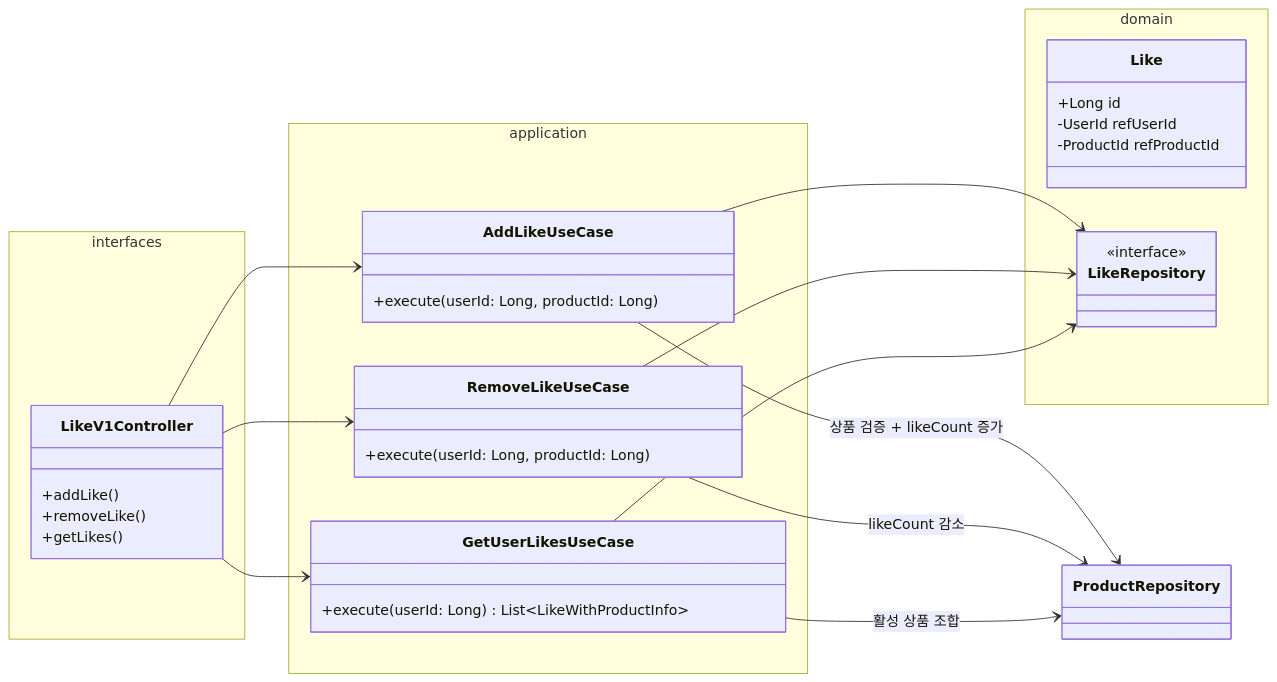
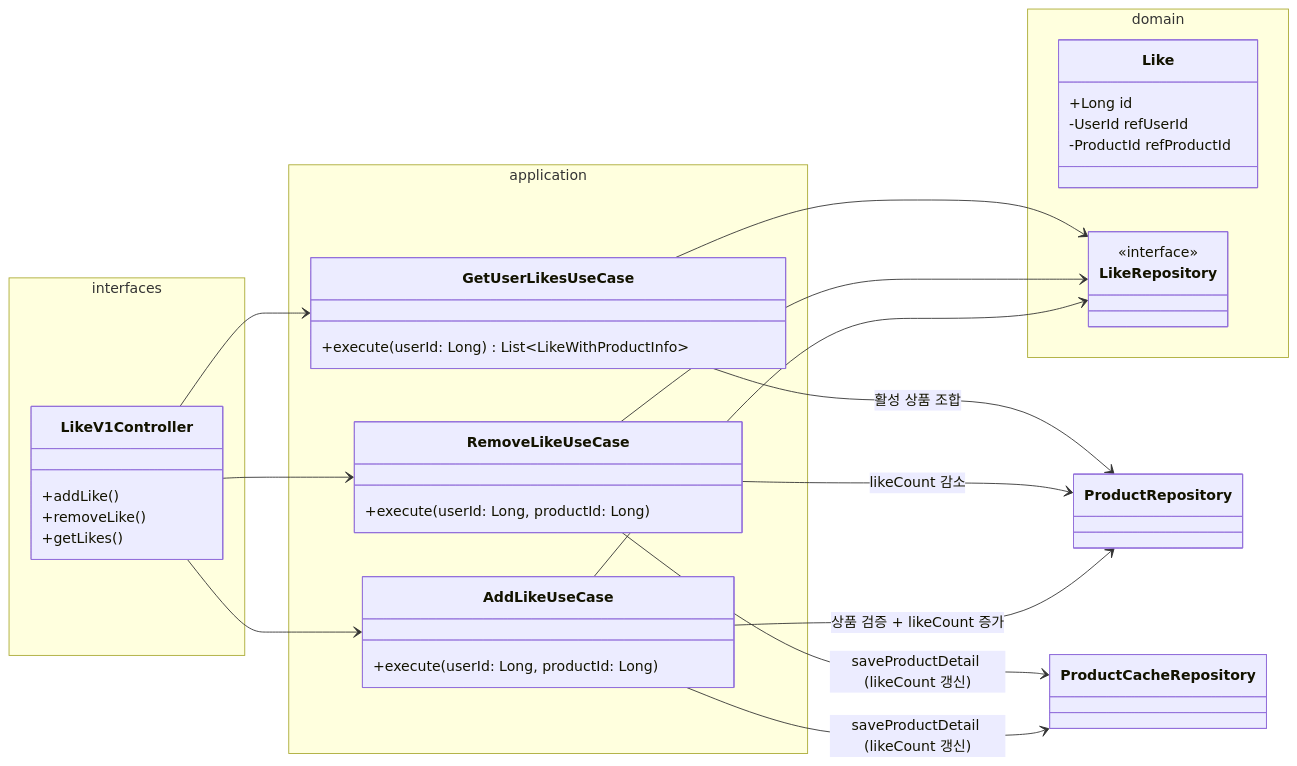
Before and after one commit to Loopers-dev-lab/loop-pack-be-l2-vol3-kotlin: the fourth of 8 diagrams in docs/design/03-class-diagram.md, drawn with Mermaid. The commit also changed other lines of this file and 4 other files, not shown here.

````diff
--- a/docs/design/03-class-diagram.md
+++ b/docs/design/03-class-diagram.md
@@ -353,45 +364,47 @@
 ```mermaid
 classDiagram
     direction LR
 
     namespace interfaces {
         class LikeV1Controller {
             +addLike()
             +removeLike()
             +getLikes()
         }
     }
 
     namespace application {
         class AddLikeUseCase {
             +execute(userId: Long, productId: Long)
         }
         class RemoveLikeUseCase {
             +execute(userId: Long, productId: Long)
         }
         class GetUserLikesUseCase {
             +execute(userId: Long) List~LikeWithProductInfo~
         }
     }
 
     namespace domain {
         class Like {
             +Long id
             -UserId refUserId
             -ProductId refProductId
         }
         class LikeRepository {
             <<interface>>
         }
     }
 
     LikeV1Controller --> AddLikeUseCase
     LikeV1Controller --> RemoveLikeUseCase
     LikeV1Controller --> GetUserLikesUseCase
     AddLikeUseCase --> LikeRepository
     AddLikeUseCase --> ProductRepository: 상품 검증 + likeCount 증가
+    AddLikeUseCase --> ProductCacheRepository: saveProductDetail (likeCount 갱신)
     RemoveLikeUseCase --> LikeRepository
     RemoveLikeUseCase --> ProductRepository: likeCount 감소
+    RemoveLikeUseCase --> ProductCacheRepository: saveProductDetail (likeCount 갱신)
     GetUserLikesUseCase --> LikeRepository
     GetUserLikesUseCase --> ProductRepository: 활성 상품 조합
 ```
````
